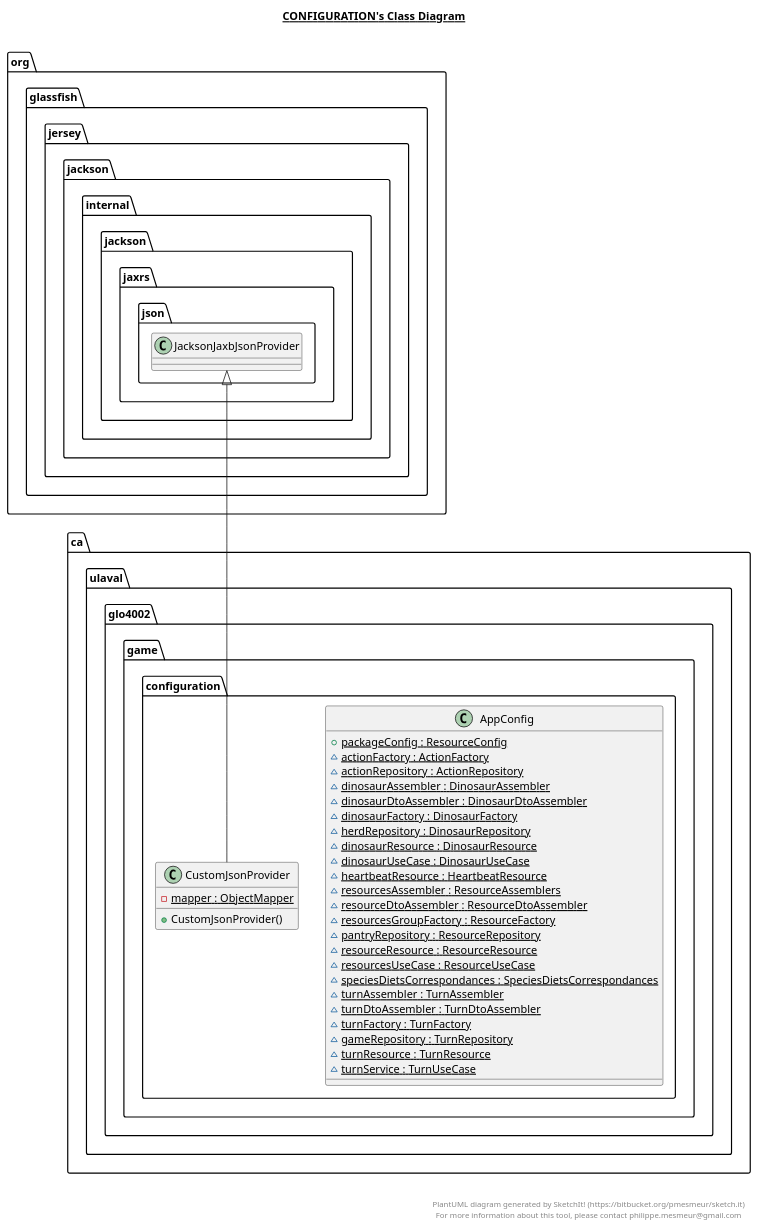
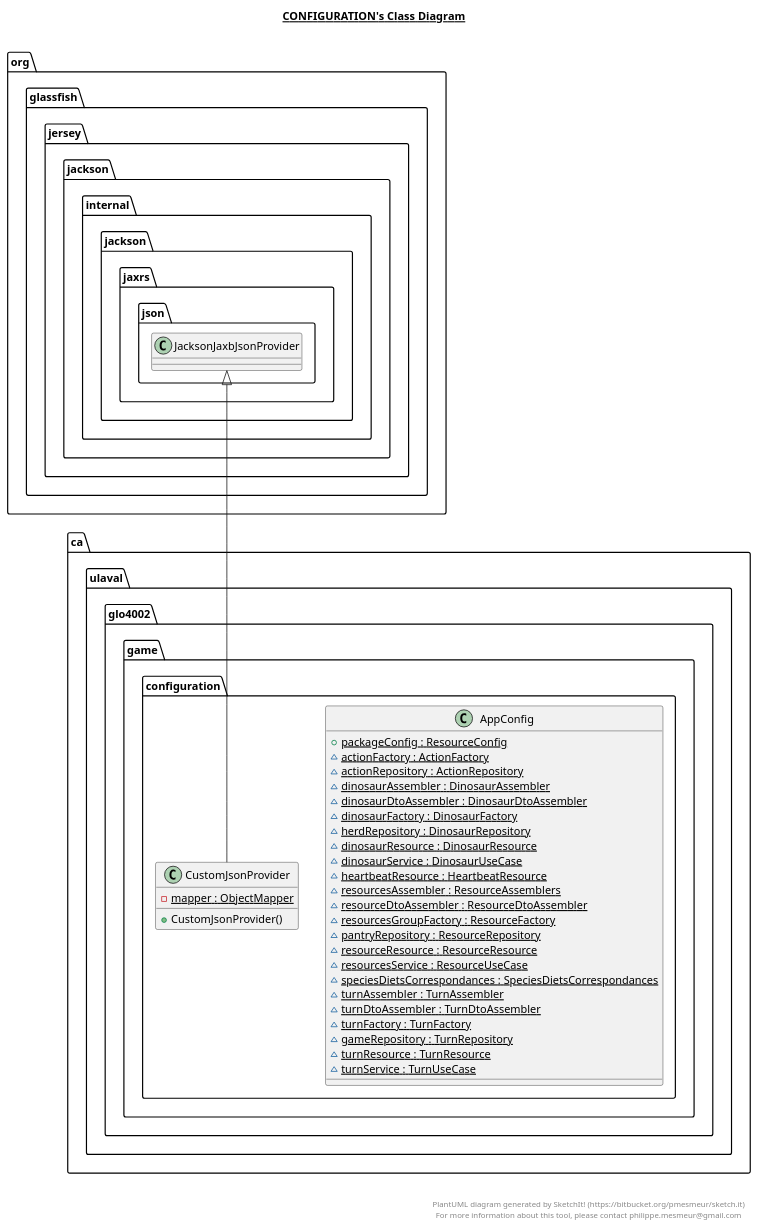
The diagram in game-api/src/main/java/ca/ulaval/glo4002/game/application/configuration/configuration.plantuml (MALEC321/MEP7), drawn with PlantUML before and after one commit. The commit also changed 21 other files, not shown here.

```diff
--- a/game-api/src/main/java/ca/ulaval/glo4002/game/application/configuration/configuration.plantuml
+++ b/game-api/src/main/java/ca/ulaval/glo4002/game/application/configuration/configuration.plantuml
@@ -1,56 +1,56 @@
 @startuml
 
 title __CONFIGURATION's Class Diagram__\n
 
     namespace ca.ulaval.glo4002.game {
       namespace configuration {
         class ca.ulaval.glo4002.game.configuration.AppConfig {
             {static} + packageConfig : ResourceConfig
             {static} ~ actionFactory : ActionFactory
             {static} ~ actionRepository : ActionRepository
             {static} ~ dinosaurAssembler : DinosaurAssembler
             {static} ~ dinosaurDtoAssembler : DinosaurDtoAssembler
             {static} ~ dinosaurFactory : DinosaurFactory
             {static} ~ herdRepository : DinosaurRepository
             {static} ~ dinosaurResource : DinosaurResource
-            {static} ~ dinosaurUseCase : DinosaurUseCase
+            {static} ~ dinosaurService : DinosaurUseCase
             {static} ~ heartbeatResource : HeartbeatResource
             {static} ~ resourcesAssembler : ResourceAssemblers
             {static} ~ resourceDtoAssembler : ResourceDtoAssembler
             {static} ~ resourcesGroupFactory : ResourceFactory
             {static} ~ pantryRepository : ResourceRepository
             {static} ~ resourceResource : ResourceResource
-            {static} ~ resourcesUseCase : ResourceUseCase
+            {static} ~ resourcesService : ResourceUseCase
             {static} ~ speciesDietsCorrespondances : SpeciesDietsCorrespondances
             {static} ~ turnAssembler : TurnAssembler
             {static} ~ turnDtoAssembler : TurnDtoAssembler
             {static} ~ turnFactory : TurnFactory
             {static} ~ gameRepository : TurnRepository
             {static} ~ turnResource : TurnResource
             {static} ~ turnService : TurnUseCase
         }
       }
     }
   
 
     namespace ca.ulaval.glo4002.game {
       namespace configuration {
         class ca.ulaval.glo4002.game.configuration.CustomJsonProvider {
             {static} - mapper : ObjectMapper
             + CustomJsonProvider()
         }
       }
     }
   
 
   ca.ulaval.glo4002.game.configuration.CustomJsonProvider -up-|> org.glassfish.jersey.jackson.internal.jackson.jaxrs.json.JacksonJaxbJsonProvider
 
 
 right footer
 
 
 PlantUML diagram generated by SketchIt! (https://bitbucket.org/pmesmeur/sketch.it)
 For more information about this tool, please contact philippe.mesmeur@gmail.com
 endfooter
 
 @enduml
```
